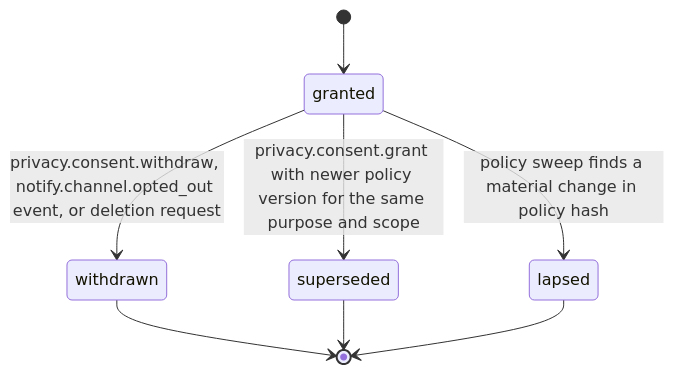
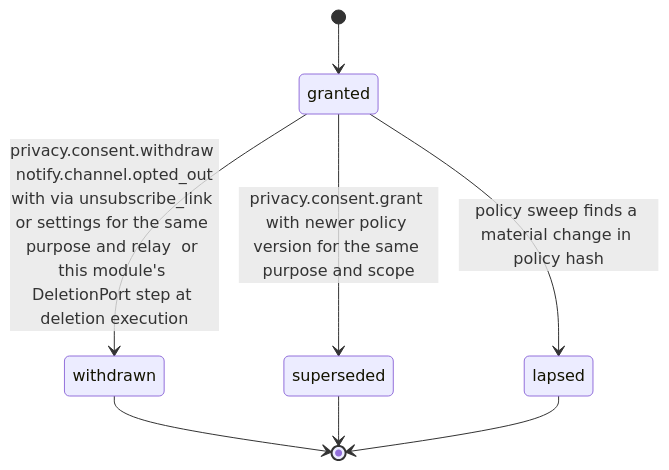
The diagram in 10_Privacy/01_data_controls/mod_consent/workflow_state_machine.md (djshellshoxxx/CLASSifiedisRUPTed), drawn with Mermaid before and after one commit. The commit also changed other lines of this file and 202 other files, not shown here.

````diff
--- a/10_Privacy/01_data_controls/mod_consent/workflow_state_machine.md
+++ b/10_Privacy/01_data_controls/mod_consent/workflow_state_machine.md
@@ -25,10 +25,10 @@
 ```mermaid
 stateDiagram-v2
   [*] --> granted
-  granted --> withdrawn: privacy.consent.withdraw, notify.channel.opted_out event, or deletion request
+  granted --> withdrawn: privacy.consent.withdraw  notify.channel.opted_out with via unsubscribe_link or settings for the same purpose and relay  or this module's DeletionPort step at deletion execution
   granted --> superseded: privacy.consent.grant with newer policy version for the same purpose and scope
   granted --> lapsed: policy sweep finds a material change in policy hash
   withdrawn --> [*]
   superseded --> [*]
   lapsed --> [*]
 ```
````
